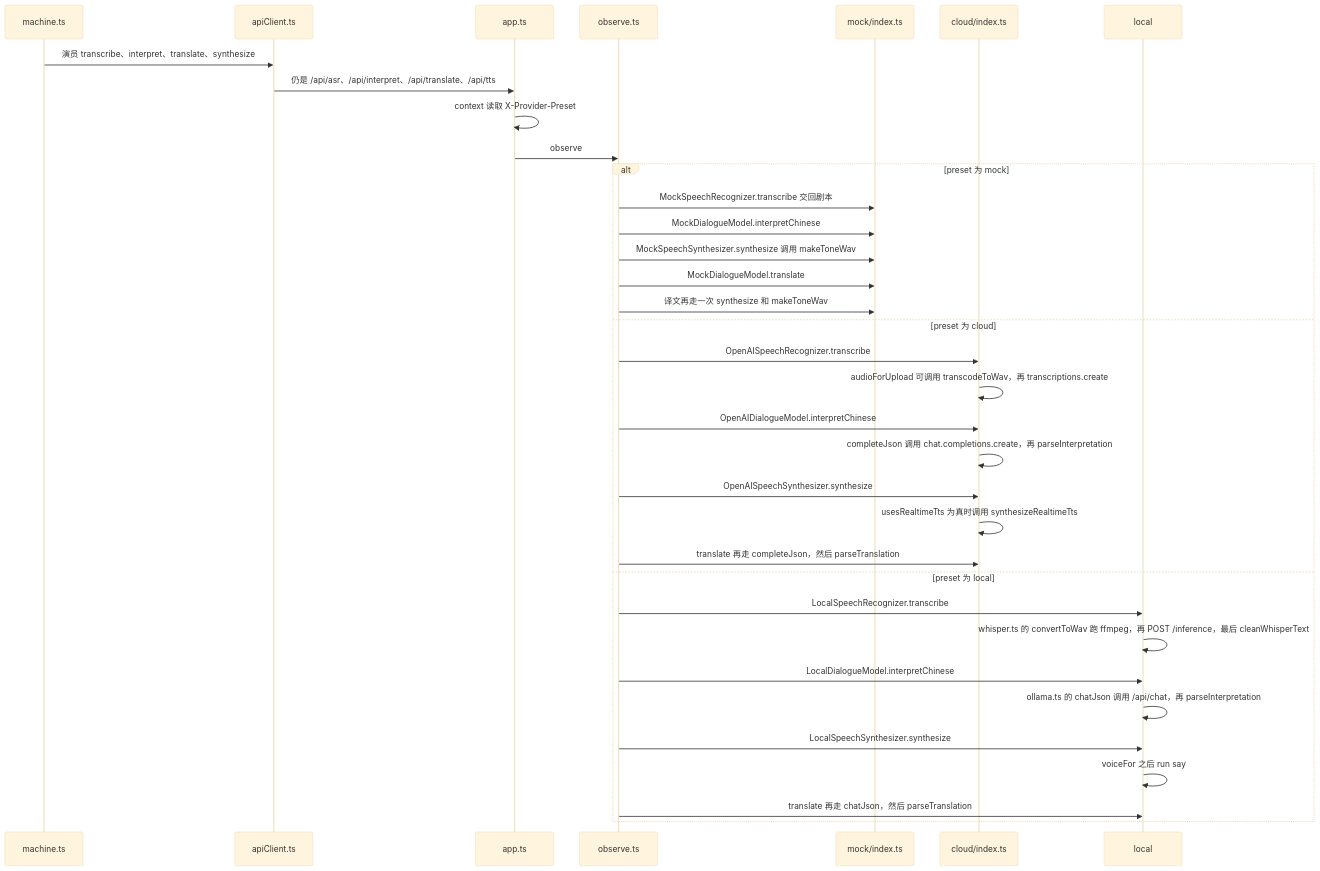
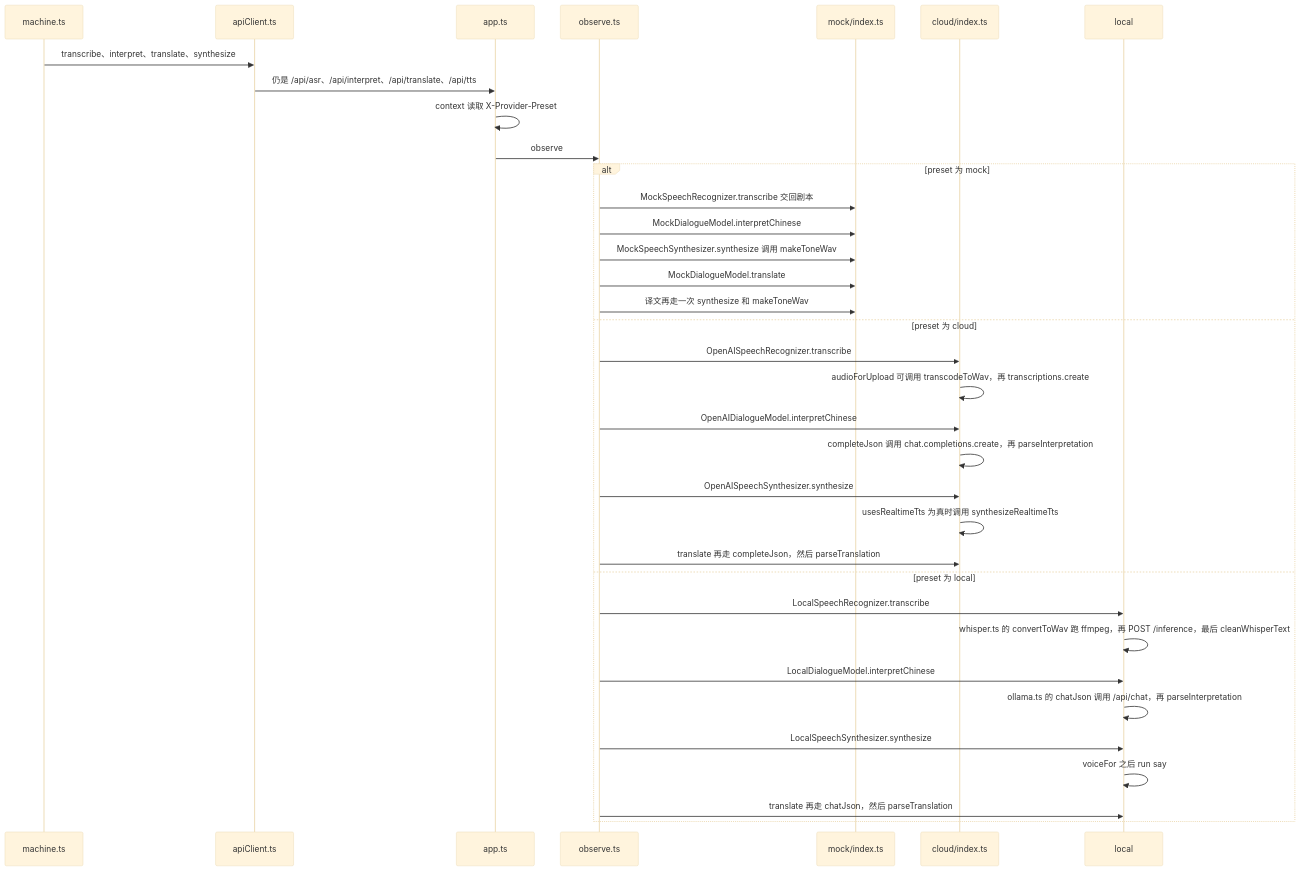
The diagram in docs/01-zh/09-代码详解/功能/09-换成cloud或local.md (SeanSha/LillaTolken), drawn with Mermaid (base theme) before and after one commit. The commit also changed other lines of this file and 5 other files, not shown here.

````diff
--- a/docs/01-zh/09-代码详解/功能/09-换成cloud或local.md
+++ b/docs/01-zh/09-代码详解/功能/09-换成cloud或local.md
@@ -7,39 +7,39 @@
 ```mermaid
 sequenceDiagram
   participant M as machine.ts
   participant API as apiClient.ts
   participant SV as app.ts
   participant OB as observe.ts
   participant MK as mock/index.ts
   participant CL as cloud/index.ts
   participant LC as local
 
-  M->>API: 演员 transcribe、interpret、translate、synthesize
+  M->>API: transcribe、interpret、translate、synthesize
   API->>SV: 仍是 /api/asr、/api/interpret、/api/translate、/api/tts
   SV->>SV: context 读取 X-Provider-Preset
   SV->>OB: observe
 
   alt preset 为 mock
     OB->>MK: MockSpeechRecognizer.transcribe 交回剧本
     OB->>MK: MockDialogueModel.interpretChinese
     OB->>MK: MockSpeechSynthesizer.synthesize 调用 makeToneWav
     OB->>MK: MockDialogueModel.translate
     OB->>MK: 译文再走一次 synthesize 和 makeToneWav
   else preset 为 cloud
     OB->>CL: OpenAISpeechRecognizer.transcribe
     CL->>CL: audioForUpload 可调用 transcodeToWav，再 transcriptions.create
     OB->>CL: OpenAIDialogueModel.interpretChinese
     CL->>CL: completeJson 调用 chat.completions.create，再 parseInterpretation
     OB->>CL: OpenAISpeechSynthesizer.synthesize
     CL->>CL: usesRealtimeTts 为真时调用 synthesizeRealtimeTts
     OB->>CL: translate 再走 completeJson，然后 parseTranslation
   else preset 为 local
     OB->>LC: LocalSpeechRecognizer.transcribe
     LC->>LC: whisper.ts 的 convertToWav 跑 ffmpeg，再 POST /inference，最后 cleanWhisperText
     OB->>LC: LocalDialogueModel.interpretChinese
     LC->>LC: ollama.ts 的 chatJson 调用 /api/chat，再 parseInterpretation
     OB->>LC: LocalSpeechSynthesizer.synthesize
     LC->>LC: voiceFor 之后 run say
     OB->>LC: translate 再走 chatJson，然后 parseTranslation
   end
 ```
````
